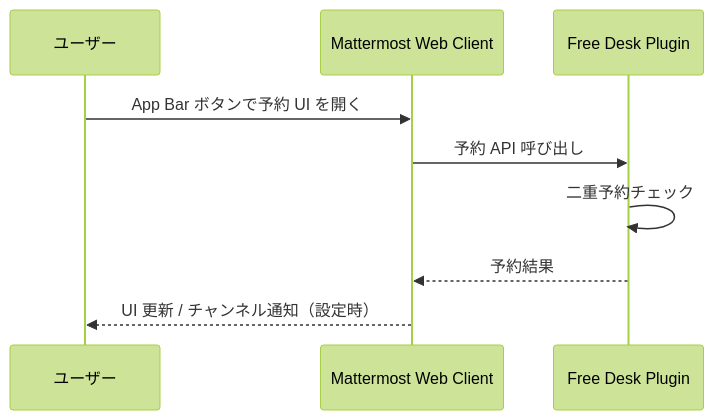
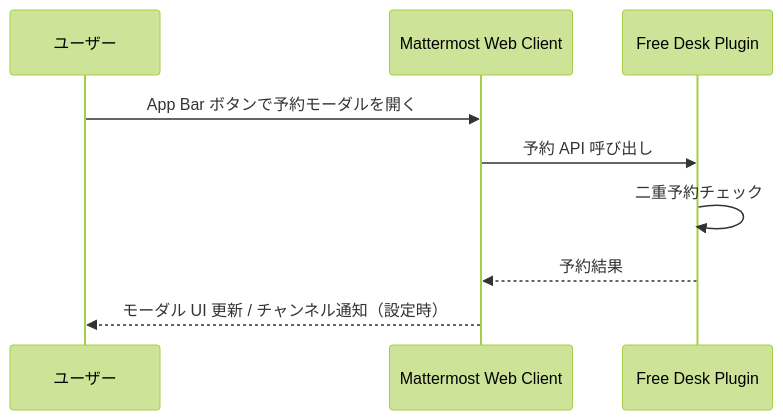
Before and after one commit to taku-devjp/mattermost-plugin-freedesk: the second of 2 diagrams in docs/requirements.md, drawn with Mermaid (forest theme). The commit also changed other lines of this file, not shown here.

````diff
--- a/docs/requirements.md
+++ b/docs/requirements.md
@@ -95,12 +96,12 @@
 ```mermaid
 sequenceDiagram
     participant U as ユーザー
     participant M as Mattermost Web Client
     participant P as Free Desk Plugin
 
-    U->>M: App Bar ボタンで予約 UI を開く
+    U->>M: App Bar ボタンで予約モーダルを開く
     M->>P: 予約 API 呼び出し
     P->>P: 二重予約チェック
     P-->>M: 予約結果
-    M-->>U: UI 更新 / チャンネル通知（設定時）
+    M-->>U: モーダル UI 更新 / チャンネル通知（設定時）
 ```
````
